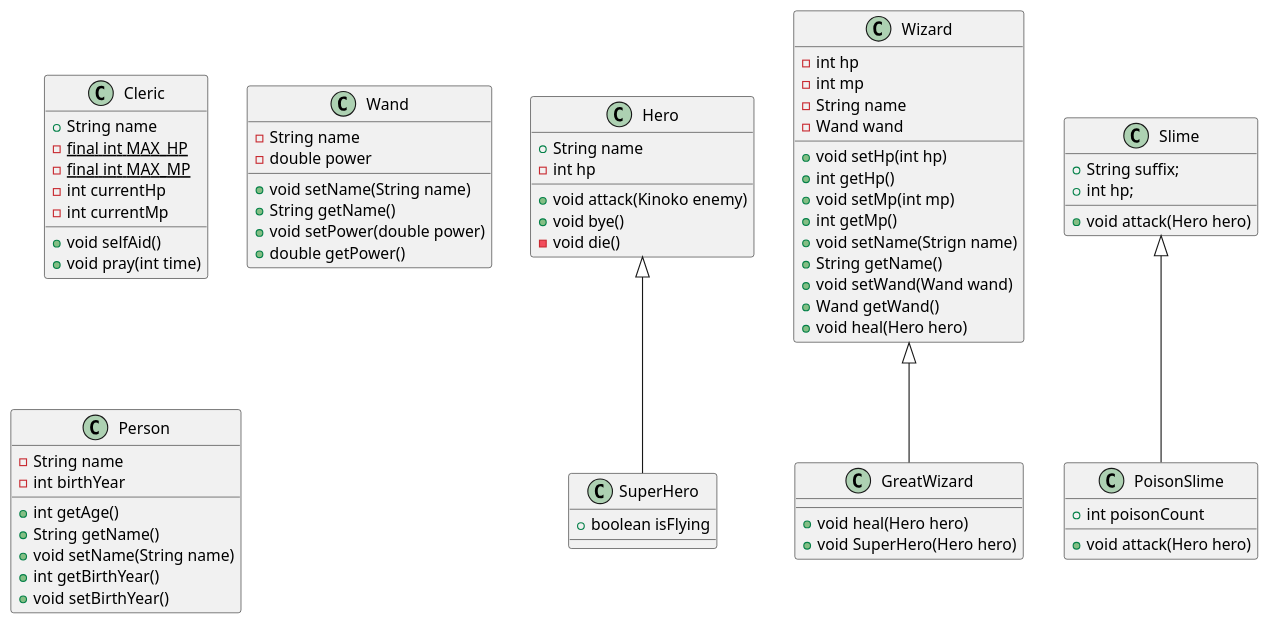
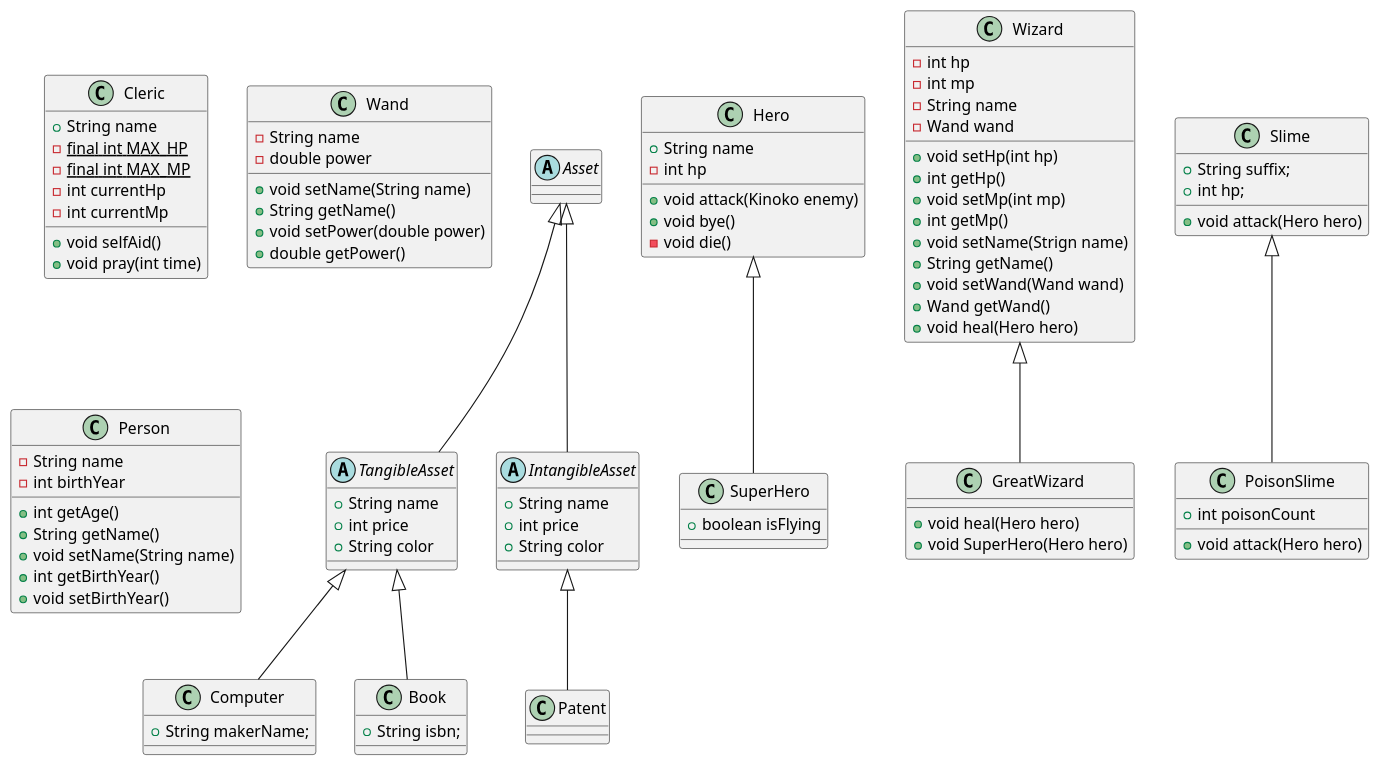
Before and after one commit to SurvivalCodingCampus/polytech_java_study: the diagram in src/main/java/com/survivalcoding/game.puml, drawn with PlantUML.

Commit message:
design: 추상 클래스 다이어그램 추가

```diff
--- a/src/main/java/com/survivalcoding/game.puml
+++ b/src/main/java/com/survivalcoding/game.puml
@@ -1,76 +1,97 @@
 @startuml
 'https://plantuml.com/class-diagram
+class Computer extends TangibleAsset{
+    + String makerName;
+}
+class Book extends TangibleAsset{
+    + String isbn;
+}
+abstract class TangibleAsset extends Asset{
+    + String name
+    + int price
+    + String color
+}
+class Patent extends IntangibleAsset{
+}
+abstract class IntangibleAsset extends Asset{
+    + String name
+    + int price
+    + String color
+}
+abstract class Asset{
+}
+
 
 class SuperHero extends Hero{
     + boolean isFlying
 }
 
 class Cleric{
     + String name
     - {static} final int MAX_HP
     - {static} final int MAX_MP
     - int currentHp
     - int currentMp
 
     + void selfAid()
     + void pray(int time)
 
 }
 class Hero {
     + String name
     - int hp
 
     + void attack(Kinoko enemy)
     + void bye()
     - void die()
 }
 class Wizard{
     - int hp
     - int mp
     - String name
     - Wand wand
 
     + void setHp(int hp)
     + int getHp()
     + void setMp(int mp)
     + int getMp()
     + void setName(Strign name)
     + String getName()
     + void setWand(Wand wand)
     + Wand getWand()
     + void heal(Hero hero)
 }
 class GreatWizard extends Wizard{
     + void heal(Hero hero)
     + void SuperHero(Hero hero)
 }
 class Slime{
     + String suffix;
     + int hp;
     + void attack(Hero hero)
 }
 class PoisonSlime extends Slime{
     + int poisonCount
     + void attack(Hero hero)
 }
 class Wand{
     - String name
     - double power
 
     + void setName(String name)
     + String getName()
     + void setPower(double power)
     + double getPower()
 }
 
 class Person{
     - String name
     - int birthYear
 
     + int getAge()
     + String getName()
     + void setName(String name)
     + int getBirthYear()
     + void setBirthYear()
 }
 @enduml
```
